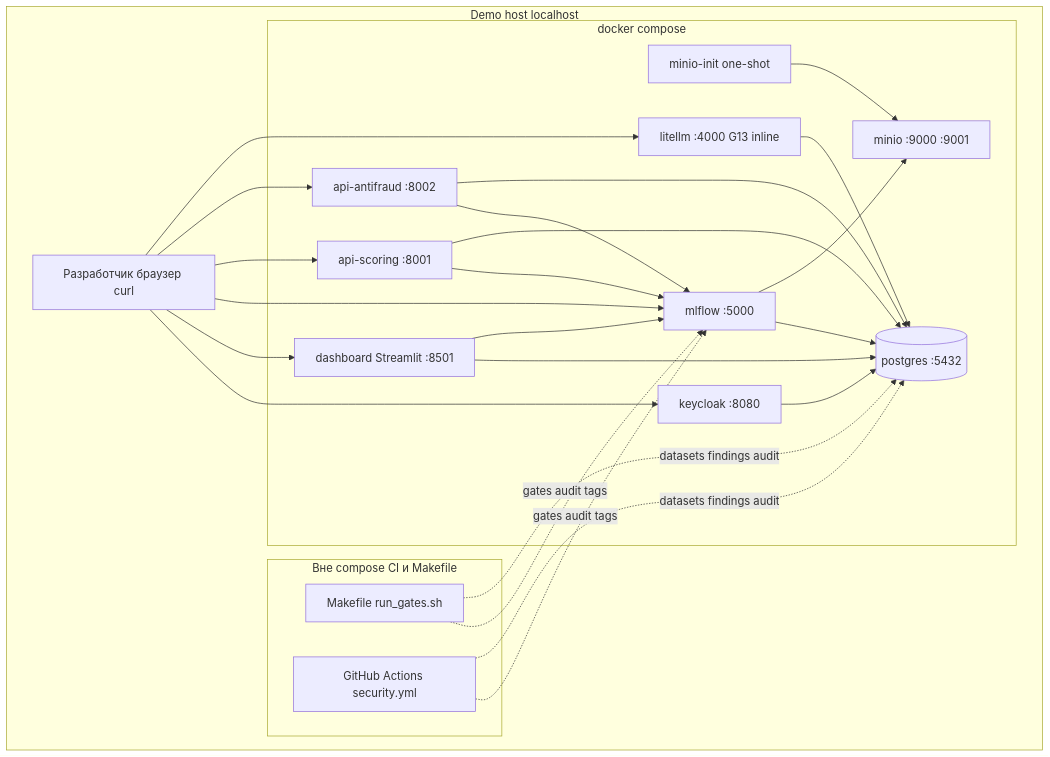
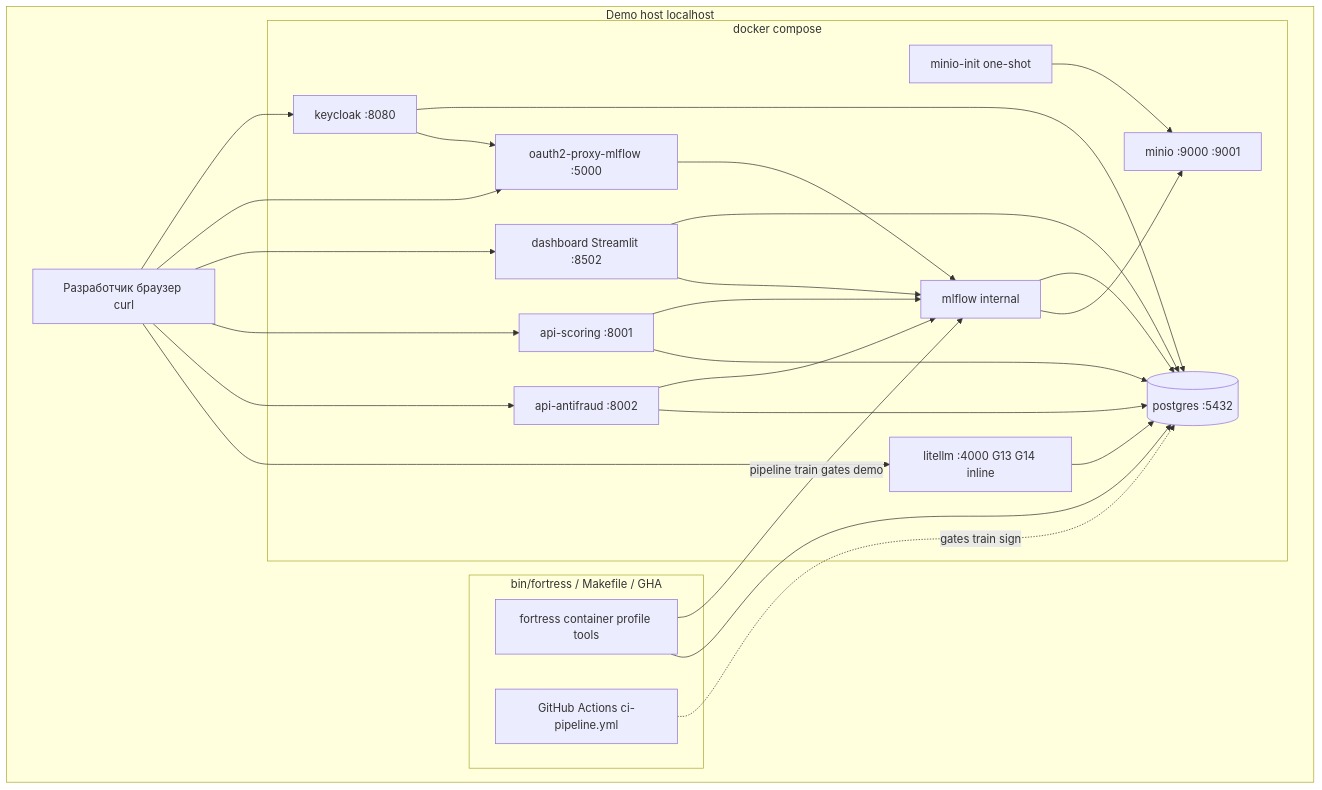
One commit to Ermakov764/Alfa_bank_MLSecOps changed the second of 15 diagrams in docs/architecture_full.md. Above: the diagram before and after it, drawn with Mermaid. The commit also changed other lines of this file and 10 other files, not shown here.

First line of the commit message:
docs: sync architecture and guides with current Docker stack

````diff
--- a/docs/architecture_full.md
+++ b/docs/architecture_full.md
@@ -69,40 +67,44 @@
 ```mermaid
 flowchart TB
   subgraph host [Demo host localhost]
-    subgraph ci_host [Вне compose CI и Makefile]
-      MAKE[Makefile run_gates.sh]
-      GH[GitHub Actions security.yml]
+    subgraph cli_host [bin/fortress / Makefile / GHA]
+      FORT[fortress container profile tools]
+      GH[GitHub Actions ci-pipeline.yml]
     end
 
     subgraph compose [docker compose]
       PG[(postgres :5432)]
       MINIO[minio :9000 :9001]
       MINIO_INIT[minio-init one-shot]
       KC[keycloak :8080]
-      MLF[mlflow :5000]
+      OAUTH[oauth2-proxy-mlflow :5000]
+      MLF[mlflow internal]
       API1[api-scoring :8001]
       API2[api-antifraud :8002]
-      LIT[litellm :4000 G13 inline]
-      UI[dashboard Streamlit :8501]
+      LIT[litellm :4000 G13 G14 inline]
+      UI[dashboard Streamlit :8502]
     end
 
     DEV[Разработчик браузер curl]
   end
 
   MINIO_INIT --> MINIO
   KC --> PG
+  KC --> OAUTH
+  OAUTH --> MLF
   MLF --> PG
   MLF --> MINIO
   API1 & API2 --> MLF
   API1 & API2 --> PG
   LIT --> PG
   UI --> PG
   UI --> MLF
 
-  MAKE & GH -.->|gates audit tags| MLF
-  MAKE & GH -.->|datasets findings audit| PG
+  FORT -->|pipeline train gates demo| MLF
+  FORT --> PG
+  GH -.->|gates train sign| PG
   DEV --> KC
+  DEV --> OAUTH
   DEV --> UI
-  DEV --> MLF
   DEV --> API1 & API2 & LIT
 ```
````
